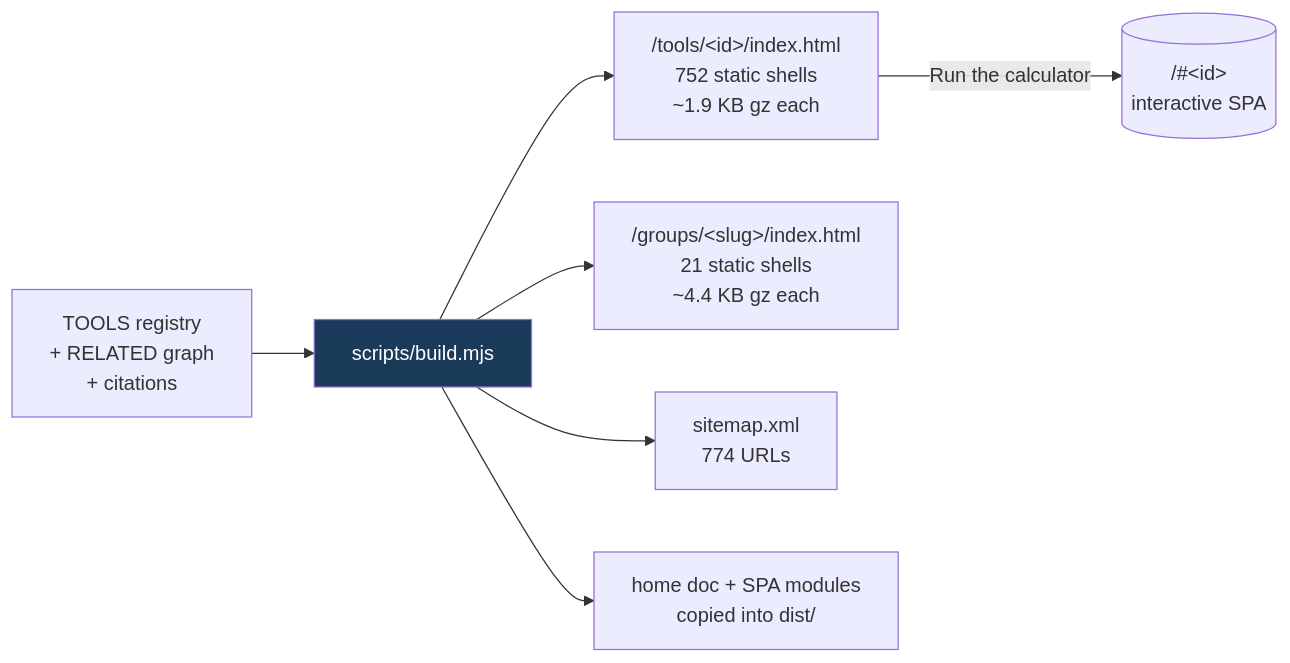
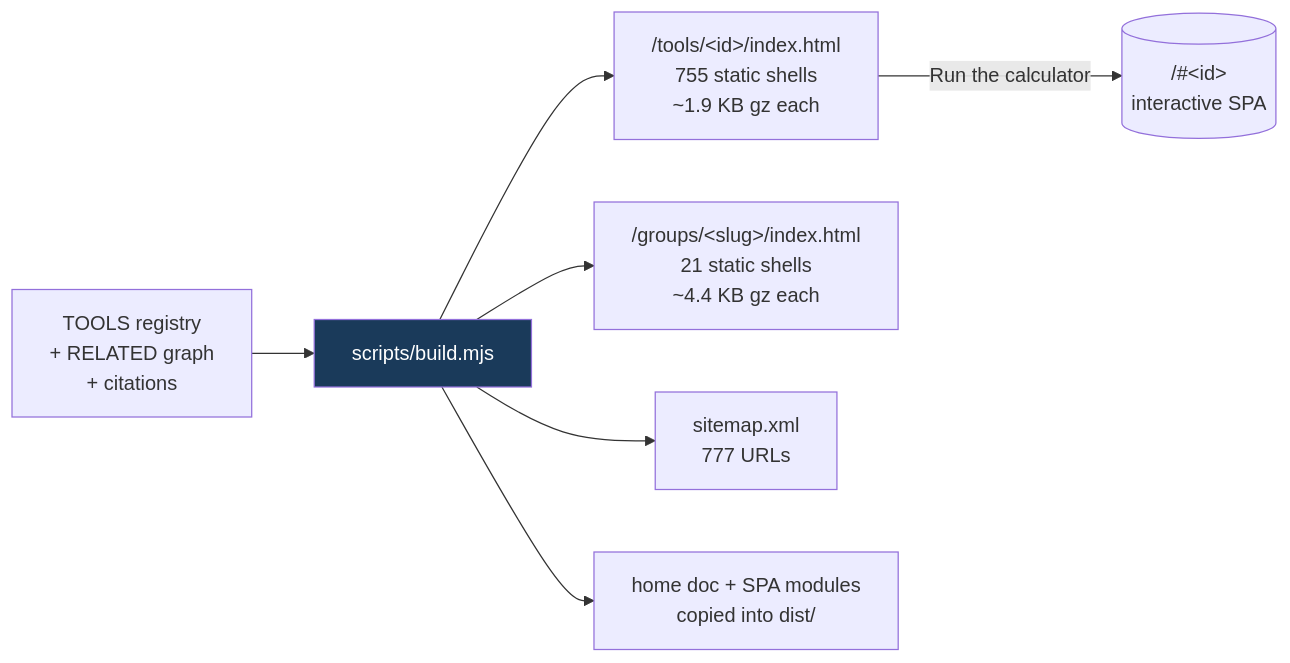
One commit to clay-good/roughlogic.com changed the fifth of 8 diagrams in README.md. Above: the diagram before and after it, drawn with Mermaid. The commit also changed other lines of this file and 19 other files, not shown here.

````diff
--- a/README.md
+++ b/README.md
@@ -495,10 +495,10 @@
 ```mermaid
 flowchart LR
     SRC[TOOLS registry\n+ RELATED graph\n+ citations] --> BUILD[scripts/build.mjs]
-    BUILD --> TILE["/tools/&lt;id&gt;/index.html\n752 static shells\n~1.9 KB gz each"]
+    BUILD --> TILE["/tools/&lt;id&gt;/index.html\n755 static shells\n~1.9 KB gz each"]
     BUILD --> GROUP["/groups/&lt;slug&gt;/index.html\n21 static shells\n~4.4 KB gz each"]
-    BUILD --> MAP["sitemap.xml\n774 URLs"]
+    BUILD --> MAP["sitemap.xml\n777 URLs"]
     BUILD --> COPY[home doc + SPA modules\ncopied into dist/]
     TILE -->|Run the calculator| SPA[("/#&lt;id&gt;\ninteractive SPA")]
     style BUILD fill:#1a3a5a,color:#fff
 ```
````
